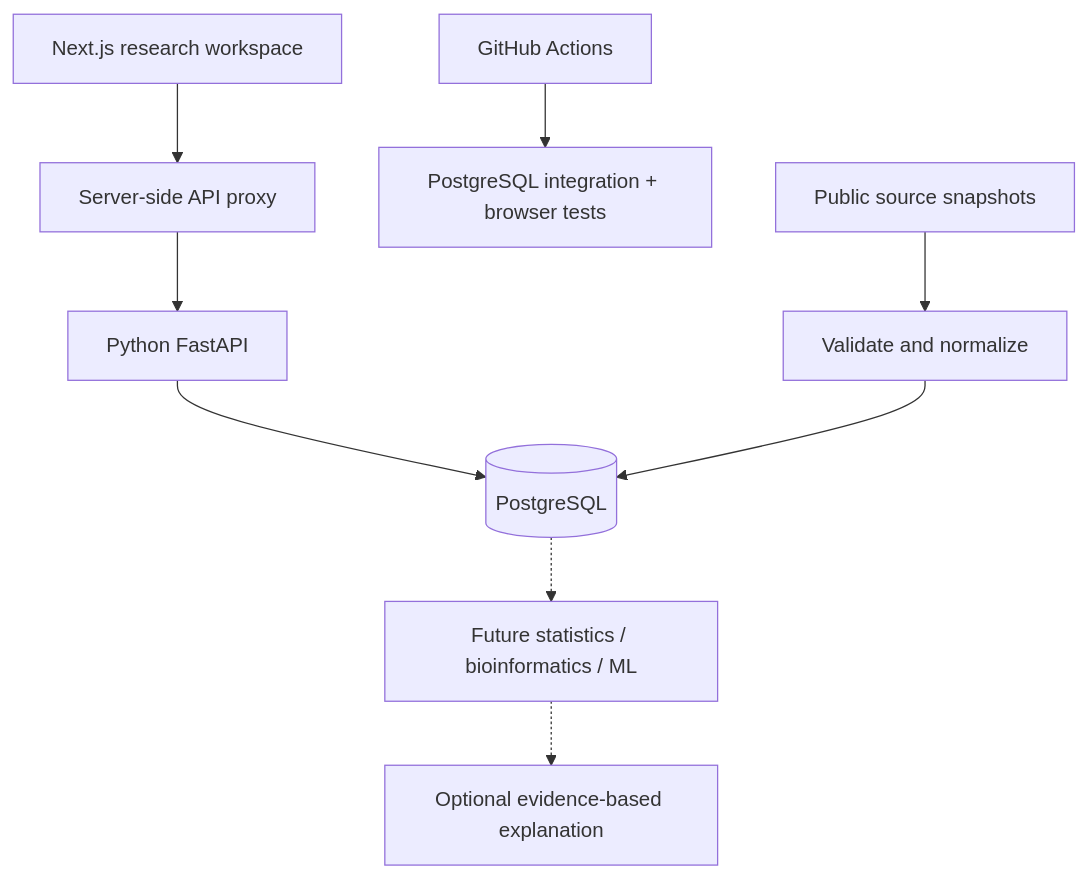
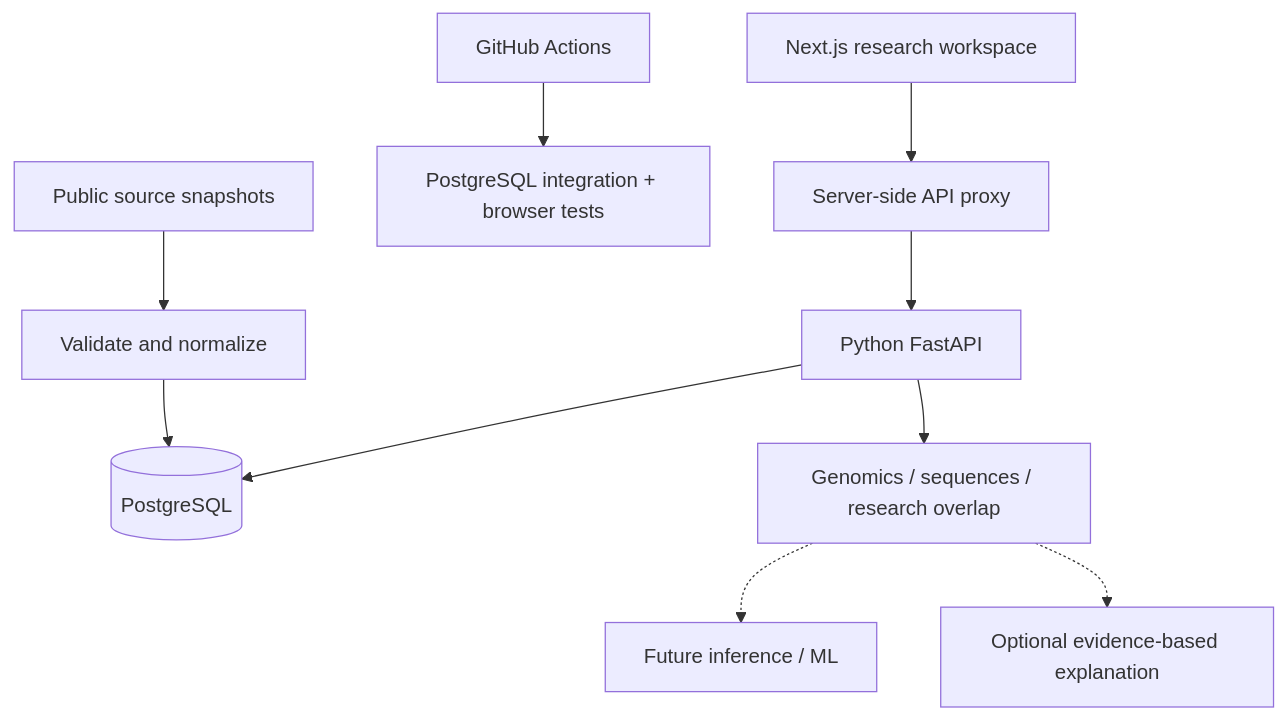
The diagram in README.md (292akhil2929-cmyk/pharmagenome), drawn with Mermaid before and after one commit. The commit also changed other lines of this file and 4 other files, not shown here.

````diff
--- a/README.md
+++ b/README.md
@@ -12,11 +12,12 @@
 ```mermaid
 flowchart TD
   UI[Next.js research workspace] --> Proxy[Server-side API proxy]
   Proxy --> API[Python FastAPI]
   API --> DB[(PostgreSQL)]
   CI[GitHub Actions] --> Tests[PostgreSQL integration + browser tests]
   Data[Public source snapshots] --> Validate[Validate and normalize]
   Validate --> DB
-  DB -.-> Analysis[Future statistics / bioinformatics / ML]
+  API --> Analysis[Genomics / sequences / research overlap]
+  Analysis -.-> Future[Future inference / ML]
   Analysis -.-> Explanation[Optional evidence-based explanation]
 ```
````
